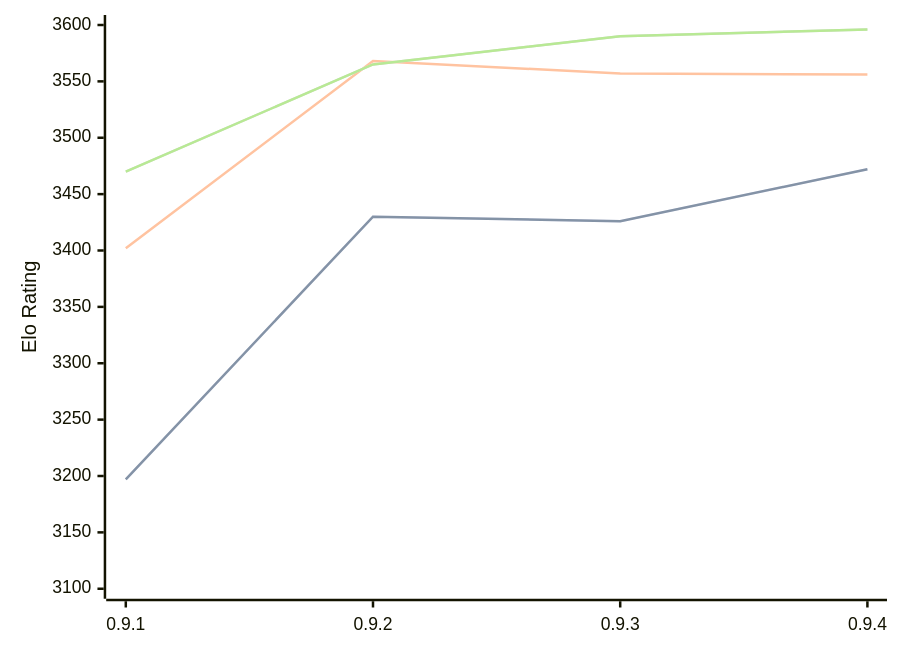
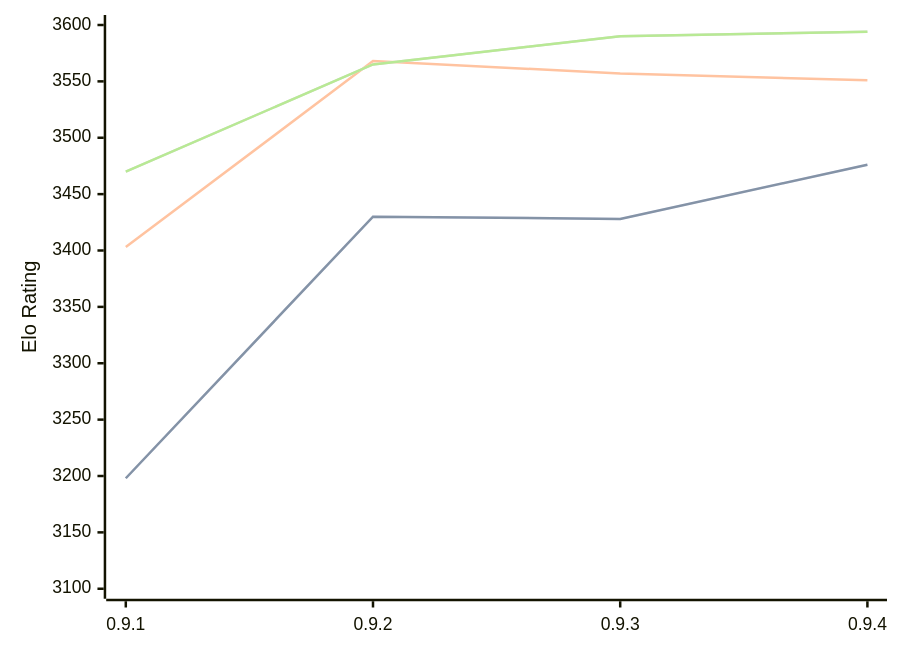
Before and after one commit to computer-chess-index/cci: the diagram in engines/Coda.md, drawn with Mermaid. The commit also changed other lines of this file, not shown here.

Commit message:
Update CCI Ratings (ELO VLTC) - 2026-08-25

````diff
--- a/engines/Coda.md
+++ b/engines/Coda.md
@@ -34,11 +34,11 @@
 ```mermaid
 %%{init: {"theme":"base","themeVariables":{"seriesColors:['#a3a3a3','#222221','#faa371']}}}%%
 xychart-beta
   x-axis ["0.9.1", "0.9.2", "0.9.3", "0.9.4"]
   y-axis "Elo Rating" 3100 --> 3600
-  line "STC (8.0+0.08s)" [3197, 3430, 3426, 3472]
-  line "STC (8.0+0.08s)" [3197, 3430, 3426, 3472]
-  line "LTC (60.0+0.60s)" [3402, 3568, 3557, 3556]
-  line "VLTC (2m24s+1.12s)" [3470, 3565, 3590, 3596]
-  line "VLTC (2m24s+1.12s)" [3470, 3565, 3590, 3596]
+  line "STC (8.0+0.08s)" [3198, 3430, 3428, 3476]
+  line "STC (8.0+0.08s)" [3198, 3430, 3428, 3476]
+  line "LTC (60.0+0.60s)" [3403, 3568, 3557, 3551]
+  line "VLTC (2m24s+1.12s)" [3470, 3565, 3590, 3594]
+  line "VLTC (2m24s+1.12s)" [3470, 3565, 3590, 3594]
 ```
````
